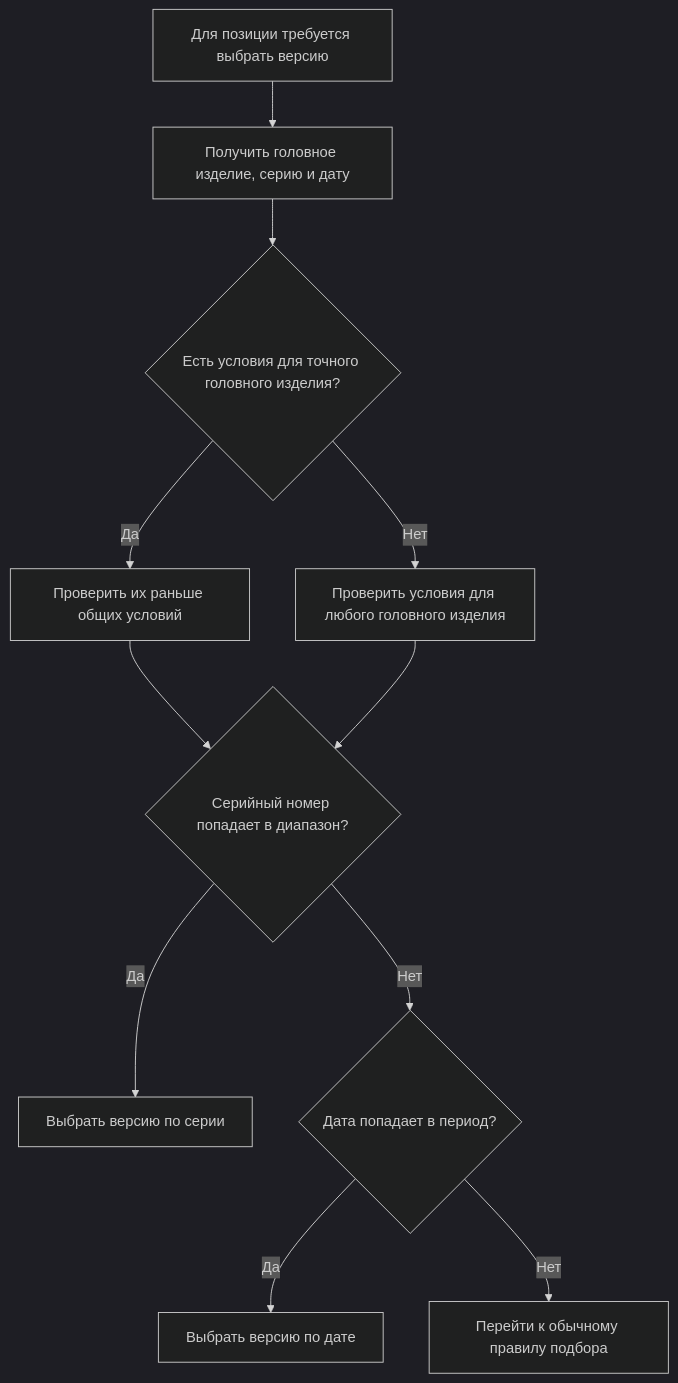
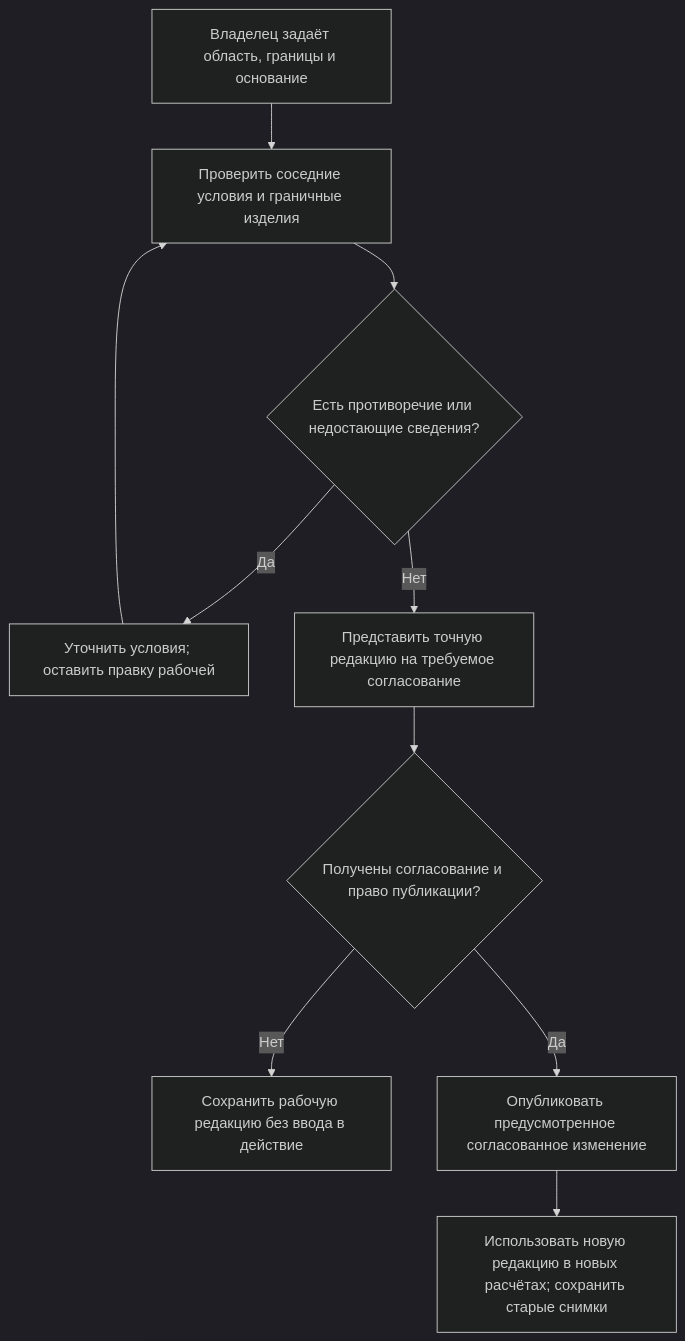
One commit to ZelAnton/Interlink-product-book changed the second of 2 diagrams in docs/version-selection/03-effectivity-series-date.md. Above: the diagram before and after it, drawn with Mermaid (dark theme). The commit also changed other lines of this file and 231 other files, not shown here.

````diff
--- a/docs/version-selection/03-effectivity-series-date.md
+++ b/docs/version-selection/03-effectivity-series-date.md
@@ -46,13 +142,12 @@
 ```mermaid
 flowchart TD
-    A["Для позиции требуется выбрать версию"] --> B["Получить головное изделие, серию и дату"]
-    B --> C{"Есть условия для точного головного изделия?"}
-    C -->|Да| D["Проверить их раньше общих условий"]
-    C -->|Нет| E["Проверить условия для любого головного изделия"]
-    D --> F{"Серийный номер попадает в диапазон?"}
-    E --> F
-    F -->|Да| G["Выбрать версию по серии"]
-    F -->|Нет| H{"Дата попадает в период?"}
-    H -->|Да| I["Выбрать версию по дате"]
-    H -->|Нет| J["Перейти к обычному правилу подбора"]
+    A["Владелец задаёт область, границы и основание"] --> B["Проверить соседние условия и граничные изделия"]
+    B --> C{"Есть противоречие или недостающие сведения?"}
+    C -->|Да| D["Уточнить условия; оставить правку рабочей"]
+    D --> B
+    C -->|Нет| E["Представить точную редакцию на требуемое согласование"]
+    E --> F{"Получены согласование и право публикации?"}
+    F -->|Нет| G["Сохранить рабочую редакцию без ввода в действие"]
+    F -->|Да| H["Опубликовать предусмотренное согласованное изменение"]
+    H --> I["Использовать новую редакцию в новых расчётах; сохранить старые снимки"]
 ```
````
